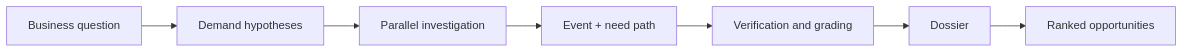
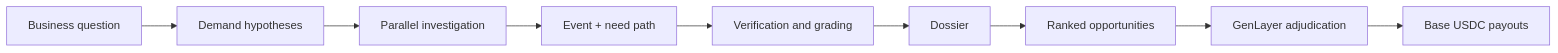
The first of 3 diagrams in README.md (Jr-kenny/newintel), drawn with Mermaid before and after one commit. The commit also changed other lines of this file and 5 other files, not shown here.

First line of the commit message:
feat: Sibyl reliability in GenLayer judge + README rewrite

````diff
--- a/README.md
+++ b/README.md
@@ -9,9 +9,11 @@
 ```mermaid
 flowchart LR
     Q[Business question] --> H[Demand hypotheses]
     H --> PI[Parallel investigation]
     PI --> EVT[Event + need path]
     EVT --> V[Verification and grading]
     V --> D[Dossier]
     D --> OP[Ranked opportunities]
+    OP --> GL[GenLayer adjudication]
+    GL --> USDC[Base USDC payouts]
 ```
````
